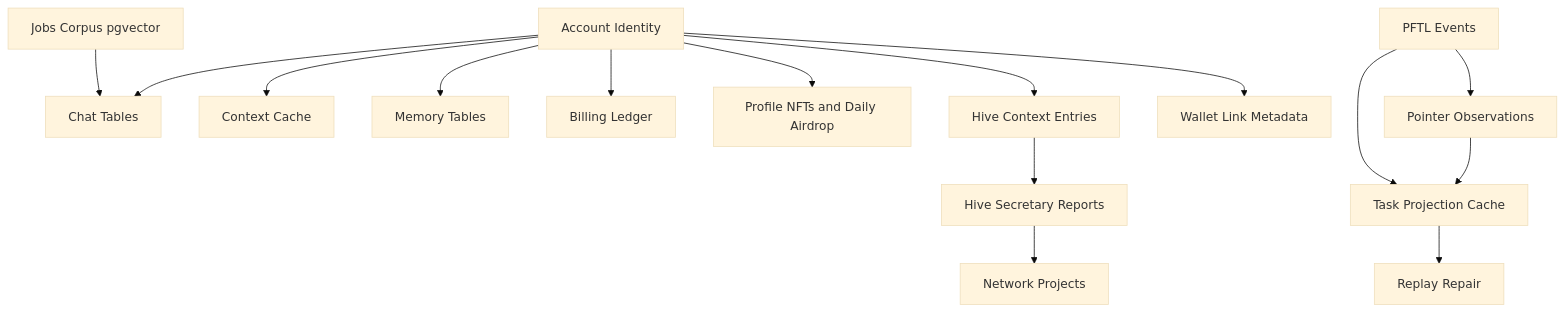
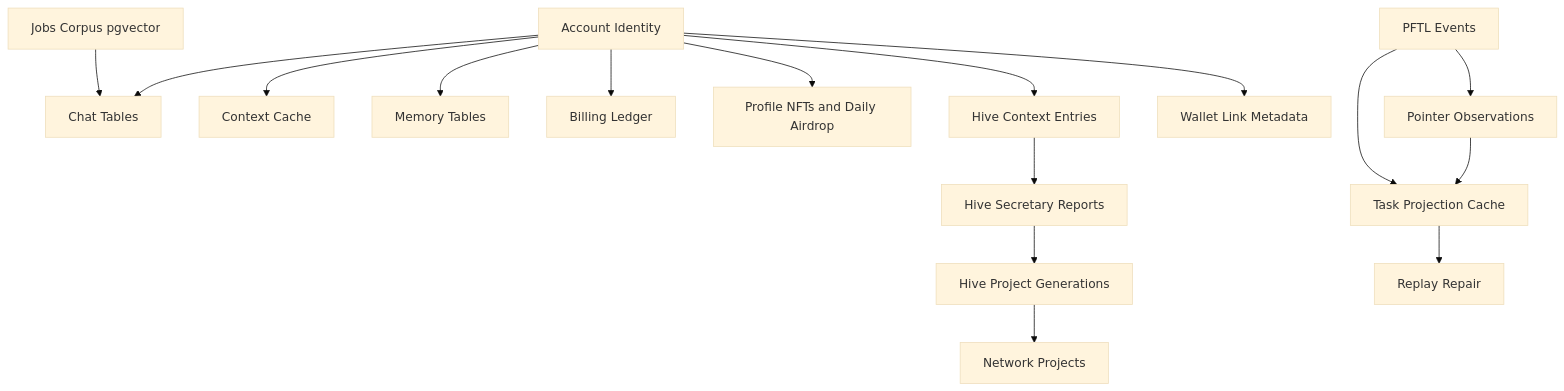
The diagram in docs/wiki/architecture/database.md (postfiatorg/tasknode), drawn with Mermaid (base theme) before and after one commit. The commit also changed other lines of this file and 15 other files, not shown here.

Commit message:
Use GPT-5.5 pro for Hive project planning

````diff
--- a/docs/wiki/architecture/database.md
+++ b/docs/wiki/architecture/database.md
@@ -100,17 +103,18 @@
 ```mermaid
 flowchart TB
   Account[Account Identity] --> Chat[Chat Tables]
   Account --> Context[Context Cache]
   Account --> Memory[Memory Tables]
   Account --> Billing[Billing Ledger]
   Account --> Profile[Profile NFTs and Daily Airdrop]
   Account --> HiveContext[Hive Context Entries]
   HiveContext --> HiveSecretary[Hive Secretary Reports]
-  HiveSecretary --> HiveProjects[Network Projects]
+  HiveSecretary --> HivePlanner[Hive Project Generations]
+  HivePlanner --> HiveProjects[Network Projects]
   Account --> Wallet[Wallet Link Metadata]
   Jobs[Jobs Corpus pgvector] --> Chat
   PFTL[PFTL Events] --> TaskCache[Task Projection Cache]
   PFTL --> PointerObs[Pointer Observations]
   PointerObs --> TaskCache
   TaskCache --> Replay[Replay Repair]
 ```
````
